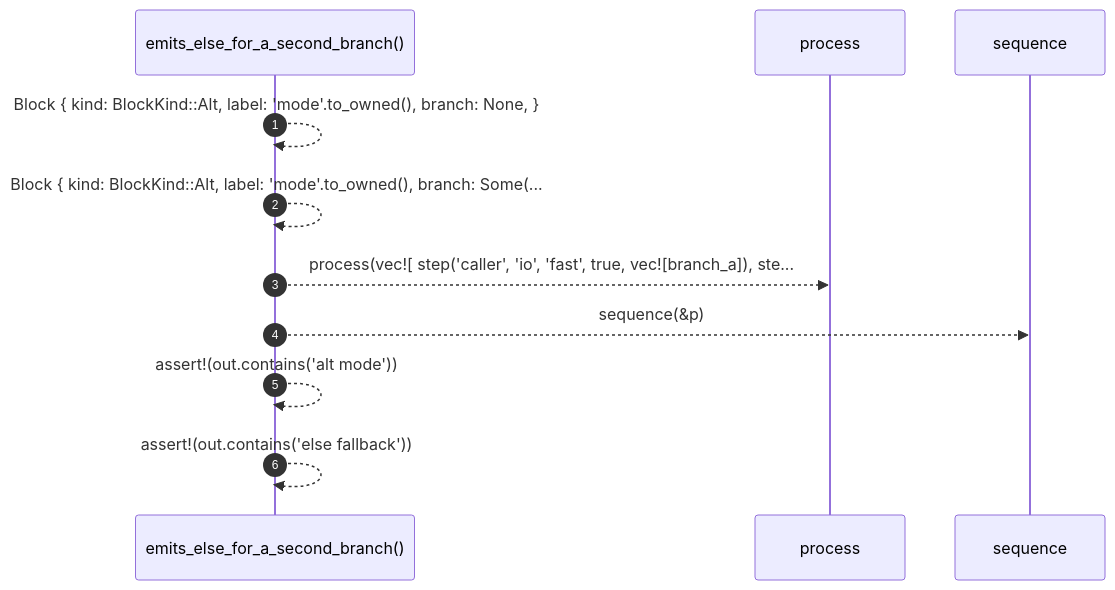
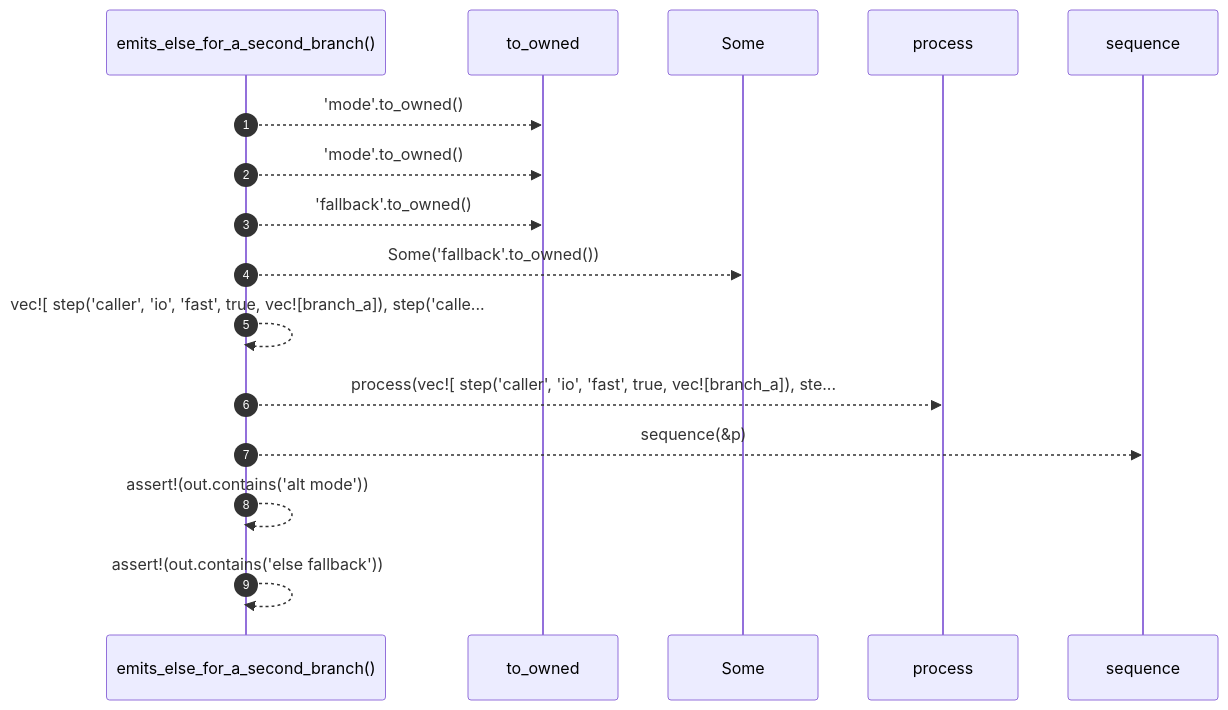
Before and after one commit to RyanGuild/self-describing-code: the diagram in docs/self-model/robby_render/test_render/emits-else-for-a-second-branch.md, drawn with Mermaid. The commit also changed other lines of this file and 1404 other files, not shown here.

````diff
--- a/docs/self-model/robby_render/test_render/emits-else-for-a-second-branch.md
+++ b/docs/self-model/robby_render/test_render/emits-else-for-a-second-branch.md
@@ -36,13 +36,18 @@
 ```mermaid
 sequenceDiagram
     autonumber
     participant emits_else_for_a_second_branch as emits_else_for_a_second_branch()
+    participant to_owned as to_owned
+    participant Some as Some
     participant process as process
     participant sequence as sequence
-    emits_else_for_a_second_branch-->>emits_else_for_a_second_branch: Block { kind: BlockKind::Alt, label: 'mode'.to_owned(), branch: None, }
-    emits_else_for_a_second_branch-->>emits_else_for_a_second_branch: Block { kind: BlockKind::Alt, label: 'mode'.to_owned(), branch: Some(...
+    emits_else_for_a_second_branch-->>to_owned: 'mode'.to_owned()
+    emits_else_for_a_second_branch-->>to_owned: 'mode'.to_owned()
+    emits_else_for_a_second_branch-->>to_owned: 'fallback'.to_owned()
+    emits_else_for_a_second_branch-->>Some: Some('fallback'.to_owned())
+    emits_else_for_a_second_branch-->>emits_else_for_a_second_branch: vec![ step('caller', 'io', 'fast', true, vec![branch_a]), step('calle...
     emits_else_for_a_second_branch-->>process: process(vec![ step('caller', 'io', 'fast', true, vec![branch_a]), ste...
     emits_else_for_a_second_branch-->>sequence: sequence(&p)
     emits_else_for_a_second_branch-->>emits_else_for_a_second_branch: assert!(out.contains('alt mode'))
     emits_else_for_a_second_branch-->>emits_else_for_a_second_branch: assert!(out.contains('else fallback'))
 ```
````
